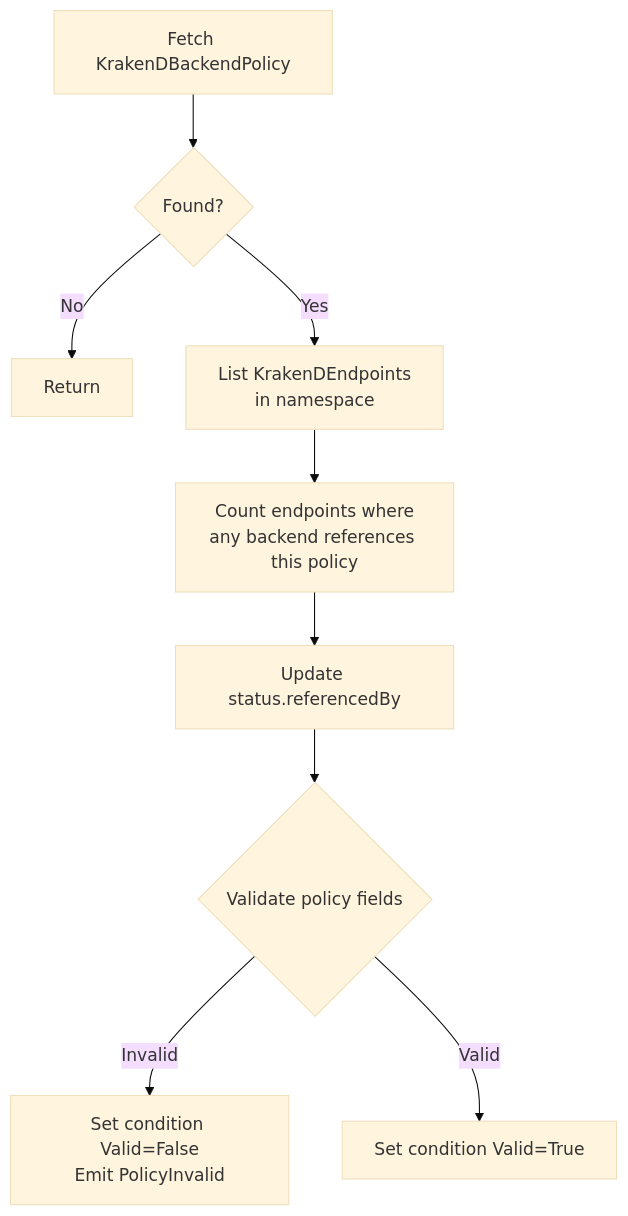
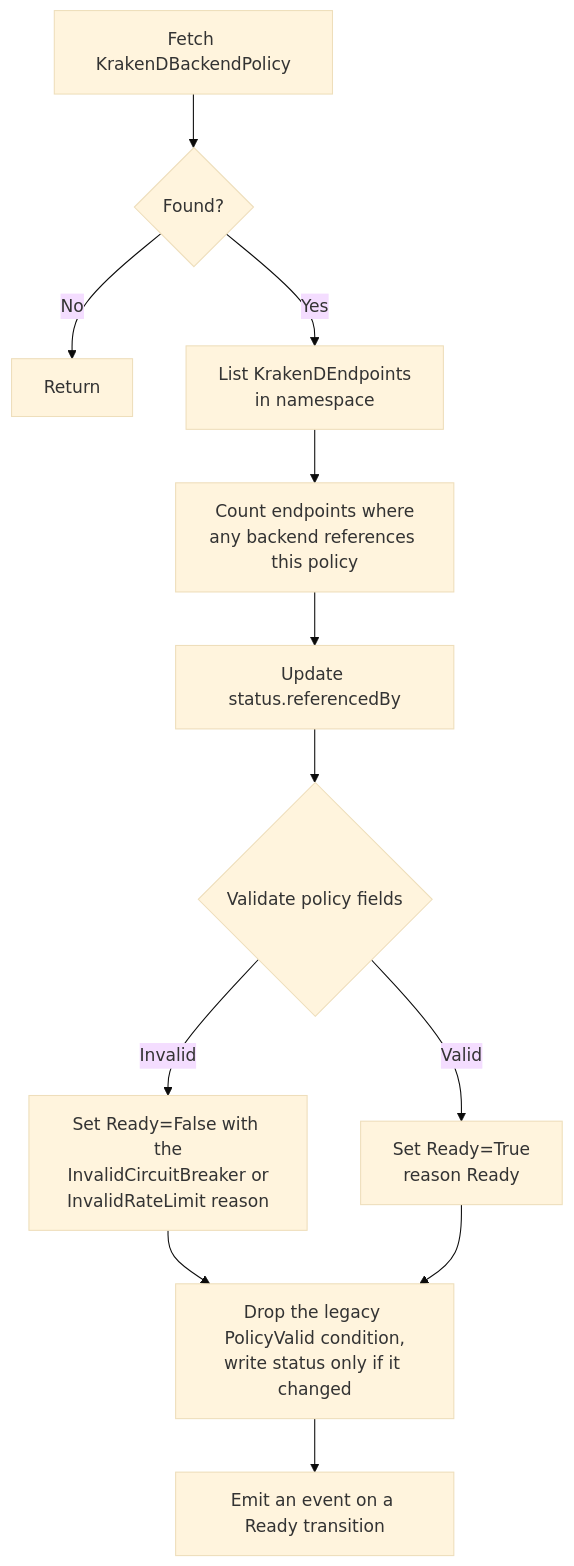
Before and after one commit to MyCarrier-DevOps/KrakenD-Operator: the fifth of 10 diagrams in architecture/application/application-architecture.md, drawn with Mermaid (base theme). The commit also changed other lines of this file, not shown here.

First line of the commit message:
docs(architecture): describe the derived status model

````diff
--- a/architecture/application/application-architecture.md
+++ b/architecture/application/application-architecture.md
@@ -1168,11 +1180,14 @@
 ```mermaid
 flowchart TD
     A[Fetch KrakenDBackendPolicy] --> B{Found?}
     B -->|No| Z[Return]
     B -->|Yes| C[List KrakenDEndpoints<br/>in namespace]
     C --> D[Count endpoints where<br/>any backend references this policy]
     D --> E[Update status.referencedBy]
     E --> F{Validate policy fields}
-    F -->|Invalid| G[Set condition Valid=False<br/>Emit PolicyInvalid]
-    F -->|Valid| H[Set condition Valid=True]
+    F -->|Invalid| G[Set Ready=False with the<br/>InvalidCircuitBreaker or<br/>InvalidRateLimit reason]
+    F -->|Valid| H[Set Ready=True<br/>reason Ready]
+    G --> J[Drop the legacy PolicyValid condition,<br/>write status only if it changed]
+    H --> J
+    J --> K[Emit an event on a Ready transition]
 ```
````
